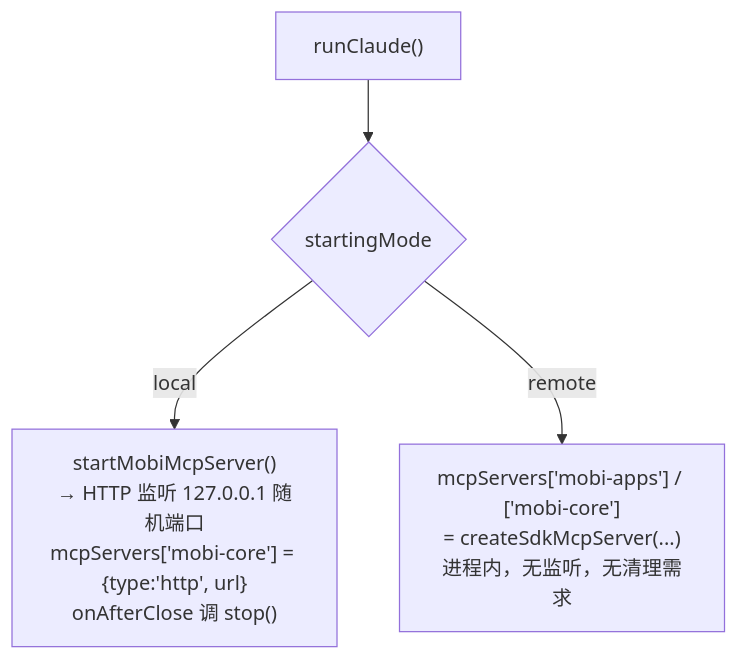
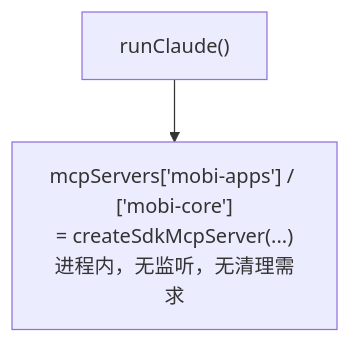
The third of 3 diagrams in docs/architecture/cli/mcp/README.md (ModuBit/mobi), drawn with Mermaid before and after one commit. The commit also changed other lines of this file and 96 other files, not shown here.

````diff
--- a/docs/architecture/cli/mcp/README.md
+++ b/docs/architecture/cli/mcp/README.md
@@ -132,6 +122,4 @@
 ```mermaid
 flowchart TB
-    Start["runClaude()"] --> Branch{"startingMode"}
-    Branch -->|"local"| Local["startMobiMcpServer()<br/>→ HTTP 监听 127.0.0.1 随机端口<br/>mcpServers['mobi-core'] = {type:'http', url}<br/>onAfterClose 调 stop()"]
-    Branch -->|"remote"| Remote["mcpServers['mobi-apps'] / ['mobi-core']<br/>= createSdkMcpServer(...)<br/>进程内，无监听，无清理需求"]
+    Start["runClaude()"] --> Remote["mcpServers['mobi-apps'] / ['mobi-core']<br/>= createSdkMcpServer(...)<br/>进程内，无监听，无清理需求"]
 ```
````
